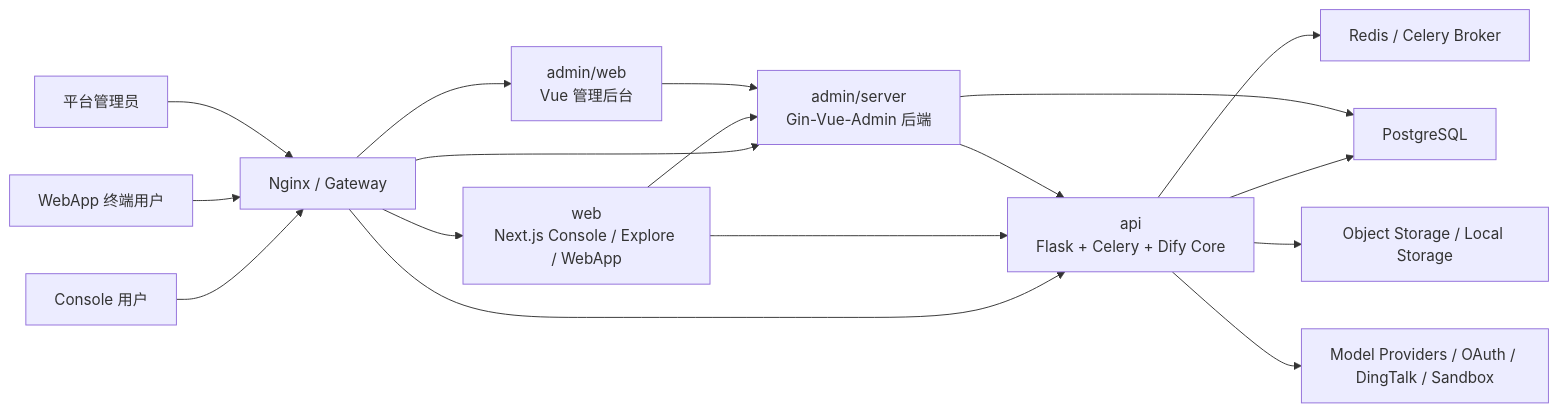
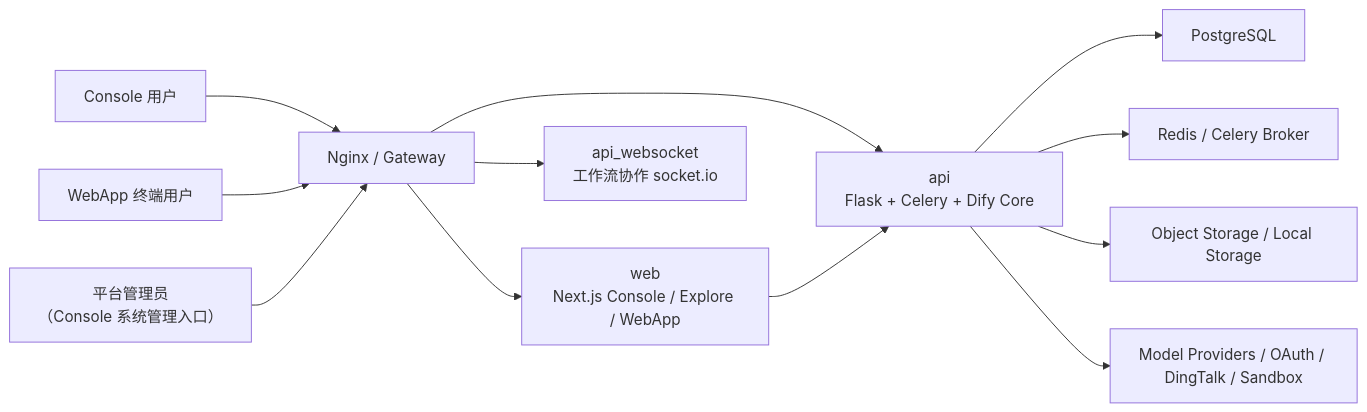
The first of 4 diagrams in docs/dify-plus/整体架构图.md (YFGaia/dify-plus), drawn with Mermaid before and after one commit. The commit also changed other lines of this file and 6 other files, not shown here.

````diff
--- a/docs/dify-plus/整体架构图.md
+++ b/docs/dify-plus/整体架构图.md
@@ -13,22 +13,17 @@
 ```mermaid
 flowchart LR
     U1["Console 用户"] --> N["Nginx / Gateway"]
     U2["WebApp 终端用户"] --> N
-    U3["平台管理员"] --> N
+    U3["平台管理员<br/>（Console 系统管理入口）"] --> N
 
     N --> W["web<br/>Next.js Console / Explore / WebApp"]
-    N --> AW["admin/web<br/>Vue 管理后台"]
     N --> A["api<br/>Flask + Celery + Dify Core"]
-    N --> AS["admin/server<br/>Gin-Vue-Admin 后端"]
+    N --> AWS["api_websocket<br/>工作流协作 socket.io"]
 
     W --> A
-    W --> AS
-    AW --> AS
-    AS --> A
 
     A --> PG["PostgreSQL"]
-    AS --> PG
     A --> R["Redis / Celery Broker"]
     A --> S["Object Storage / Local Storage"]
     A --> M["Model Providers / OAuth / DingTalk / Sandbox"]
 ```
````
